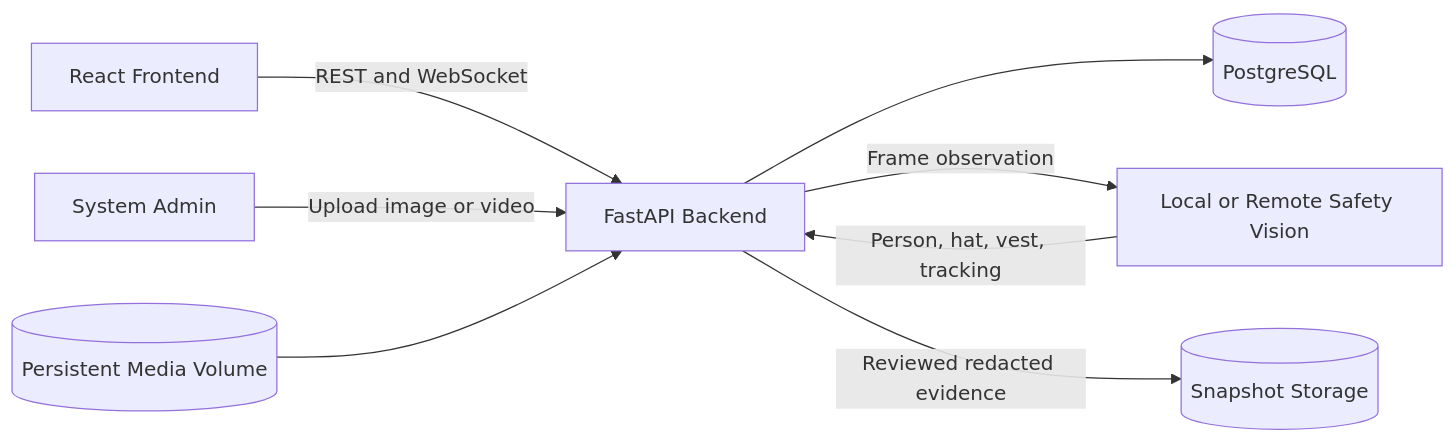
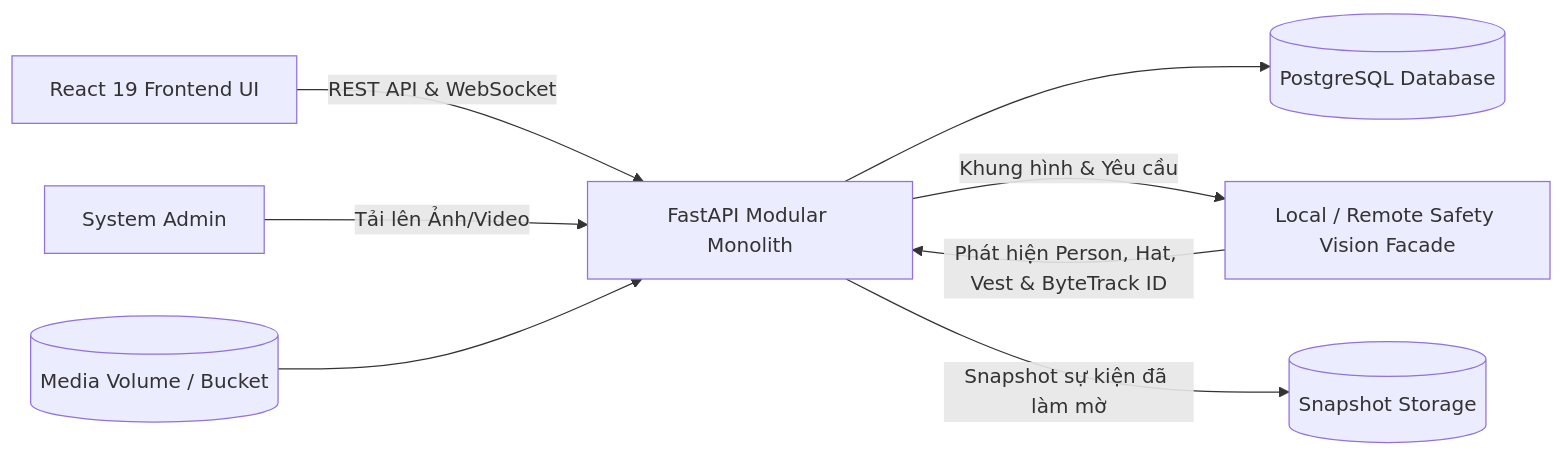
Before and after one commit to NguyenNhat4/Sentiel-safety-intelligent: the first of 6 diagrams in docs/architecture/architecture_diagram.md, drawn with Mermaid. The commit also changed other lines of this file and 4 other files, not shown here.

First line of the commit message:
docs: add developer onboarding guide and update sequence diagrams

````diff
--- a/docs/architecture/architecture_diagram.md
+++ b/docs/architecture/architecture_diagram.md
@@ -5,10 +9,10 @@
 ```mermaid
 flowchart LR
-    Browser[React Frontend] -->|REST and WebSocket| Backend[FastAPI Backend]
-    Admin[System Admin] -->|Upload image or video| Backend
-    Backend --> Postgres[(PostgreSQL)]
-    Volume[(Persistent Media Volume)] --> Backend
-    Backend -->|Frame observation| Vision[Local or Remote Safety Vision]
-    Vision -->|Person, hat, vest, tracking| Backend
-    Backend -->|Reviewed redacted evidence| Storage[(Snapshot Storage)]
+    Browser[React 19 Frontend UI] -->|REST API & WebSocket| Backend[FastAPI Modular Monolith]
+    Admin[System Admin] -->|Tải lên Ảnh/Video| Backend
+    Backend --> Postgres[(PostgreSQL Database)]
+    MediaVol[(Media Volume / Bucket)] --> Backend
+    Backend -->|Khung hình & Yêu cầu| Vision[Local / Remote Safety Vision Facade]
+    Vision -->|Phát hiện Person, Hat, Vest & ByteTrack ID| Backend
+    Backend -->|Snapshot sự kiện đã làm mờ| Storage[(Snapshot Storage)]
 ```
````
